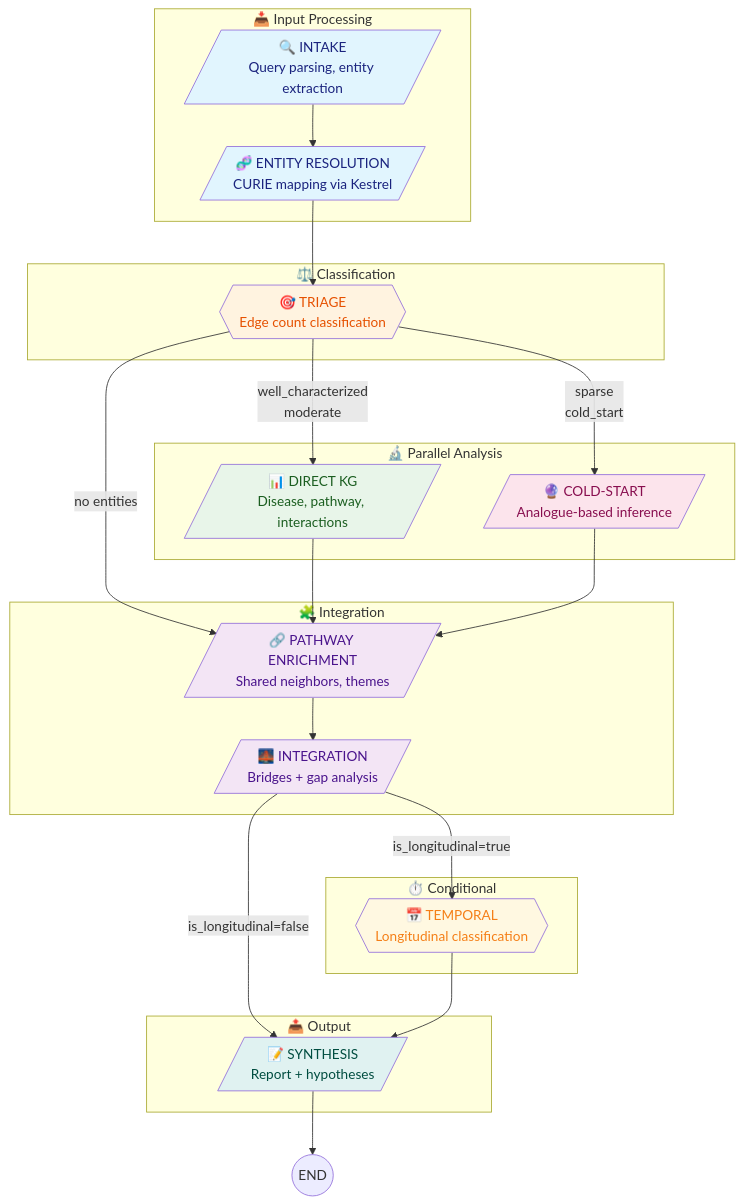
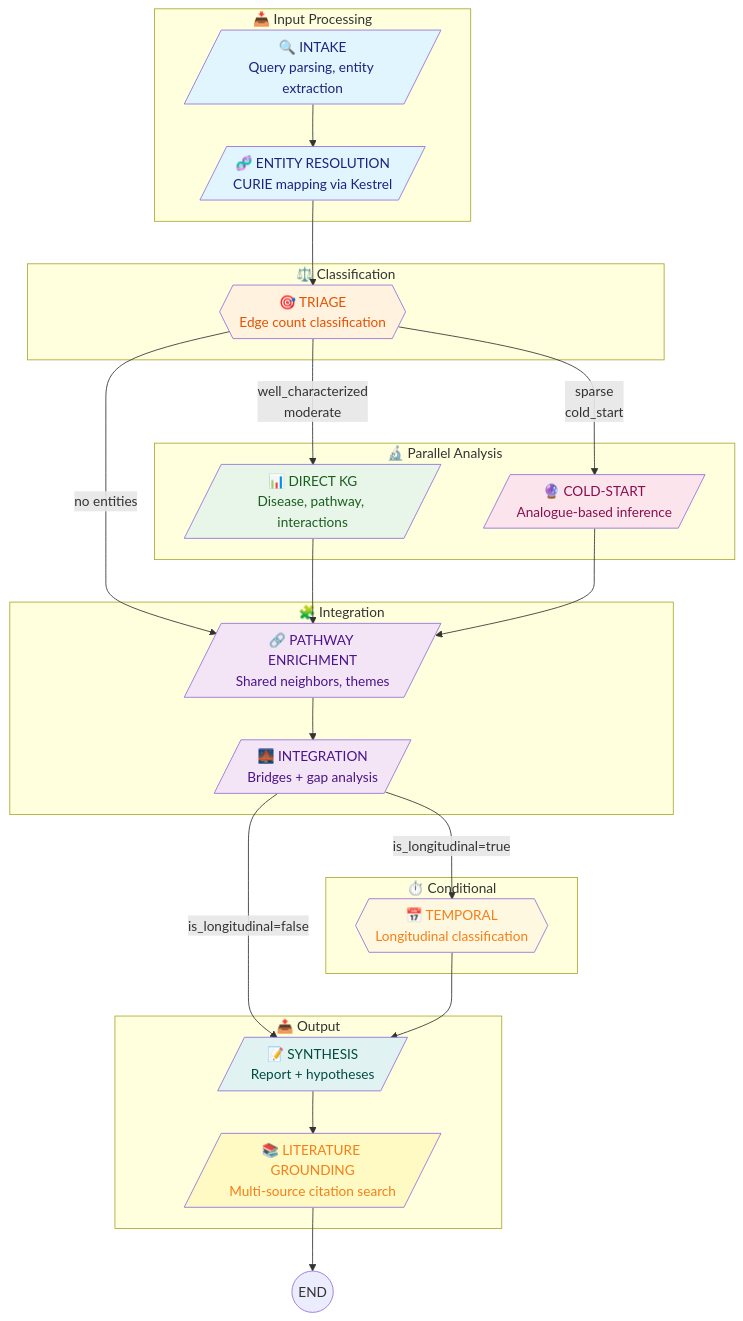
One commit to trentleslie/kraken-chatbot changed the diagram in docs/discovery-pipeline.md. Above: the diagram before and after it, drawn with Mermaid. The commit also changed other lines of this file, not shown here.

First line of the commit message:
docs: update discovery pipeline for 10-node architecture with literature grounding (#17)

````diff
--- a/docs/discovery-pipeline.md
+++ b/docs/discovery-pipeline.md
@@ -17,55 +18,58 @@
 ```mermaid
 flowchart TD
     subgraph Input["📥 Input Processing"]
         A[/"🔍 INTAKE<br/>Query parsing, entity extraction"/]
         B[/"🧬 ENTITY RESOLUTION<br/>CURIE mapping via Kestrel"/]
     end
 
     subgraph Triage["⚖️ Classification"]
         C{{"🎯 TRIAGE<br/>Edge count classification"}}
     end
 
     subgraph Analysis["🔬 Parallel Analysis"]
         D[/"📊 DIRECT KG<br/>Disease, pathway, interactions"/]
         E[/"🔮 COLD-START<br/>Analogue-based inference"/]
     end
 
     subgraph Enrichment["🧩 Integration"]
         F[/"🔗 PATHWAY ENRICHMENT<br/>Shared neighbors, themes"/]
         G[/"🌉 INTEGRATION<br/>Bridges + gap analysis"/]
     end
 
     subgraph Temporal["⏱️ Conditional"]
         H{{"📅 TEMPORAL<br/>Longitudinal classification"}}
     end
 
     subgraph Output["📤 Output"]
         I[/"📝 SYNTHESIS<br/>Report + hypotheses"/]
+        J[/"📚 LITERATURE GROUNDING<br/>Multi-source citation search"/]
     end
 
     A --> B --> C
 
     C -->|"well_characterized<br/>moderate"| D
     C -->|"sparse<br/>cold_start"| E
     C -->|"no entities"| F
 
     D --> F
     E --> F
     F --> G
 
     G -->|"is_longitudinal=true"| H
     G -->|"is_longitudinal=false"| I
     H --> I
 
-    I --> J((END))
+    I --> J
+    J --> K((END))
 
     style A fill:#e1f5fe,color:#1a237e
     style B fill:#e1f5fe,color:#1a237e
     style C fill:#fff3e0,color:#e65100
     style D fill:#e8f5e9,color:#1b5e20
     style E fill:#fce4ec,color:#880e4f
     style F fill:#f3e5f5,color:#4a148c
     style G fill:#f3e5f5,color:#4a148c
     style H fill:#fff8e1,color:#f57f17
     style I fill:#e0f2f1,color:#004d40
+    style J fill:#fff9c4,color:#f57f17
 ```
````
